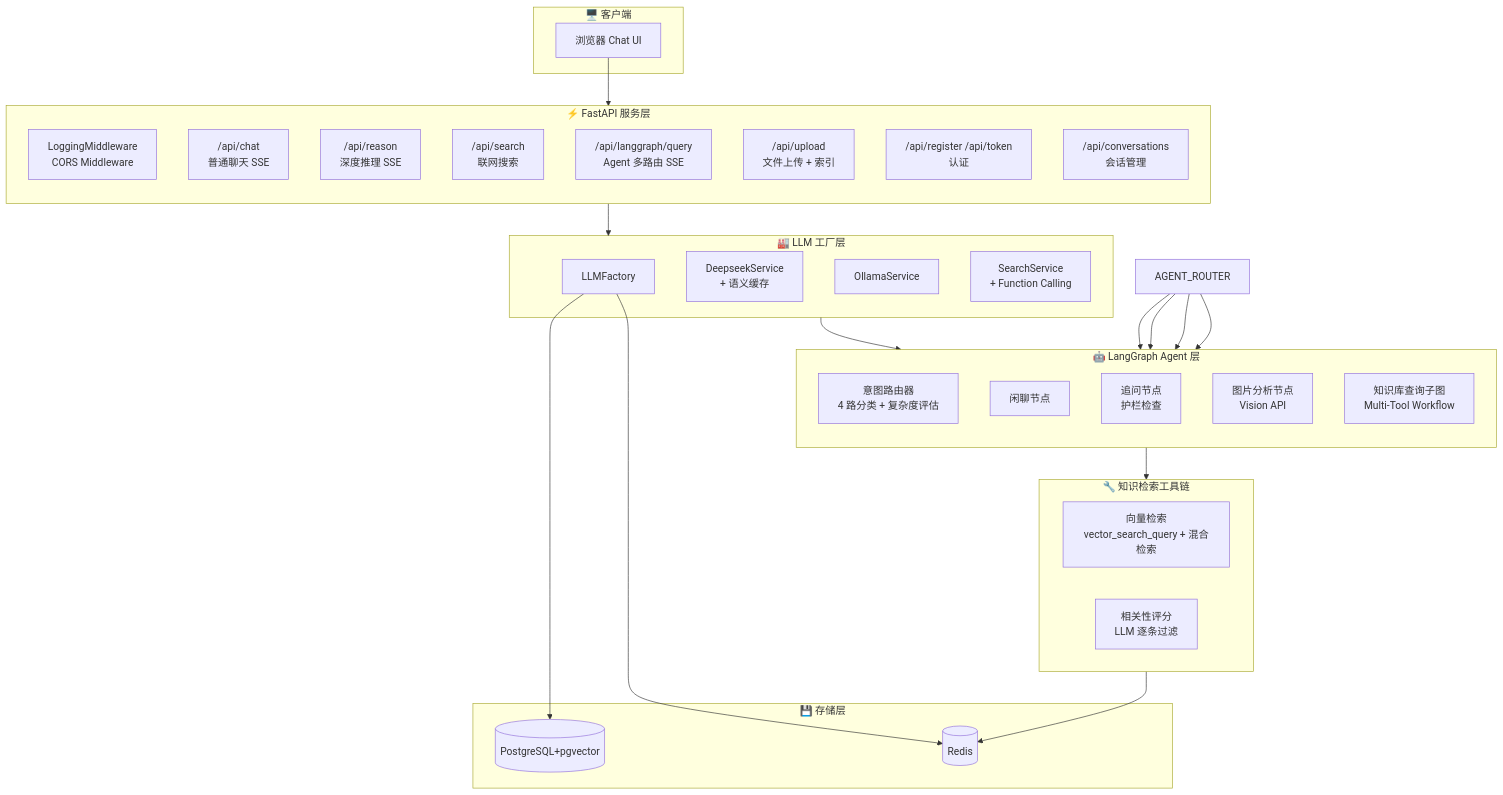
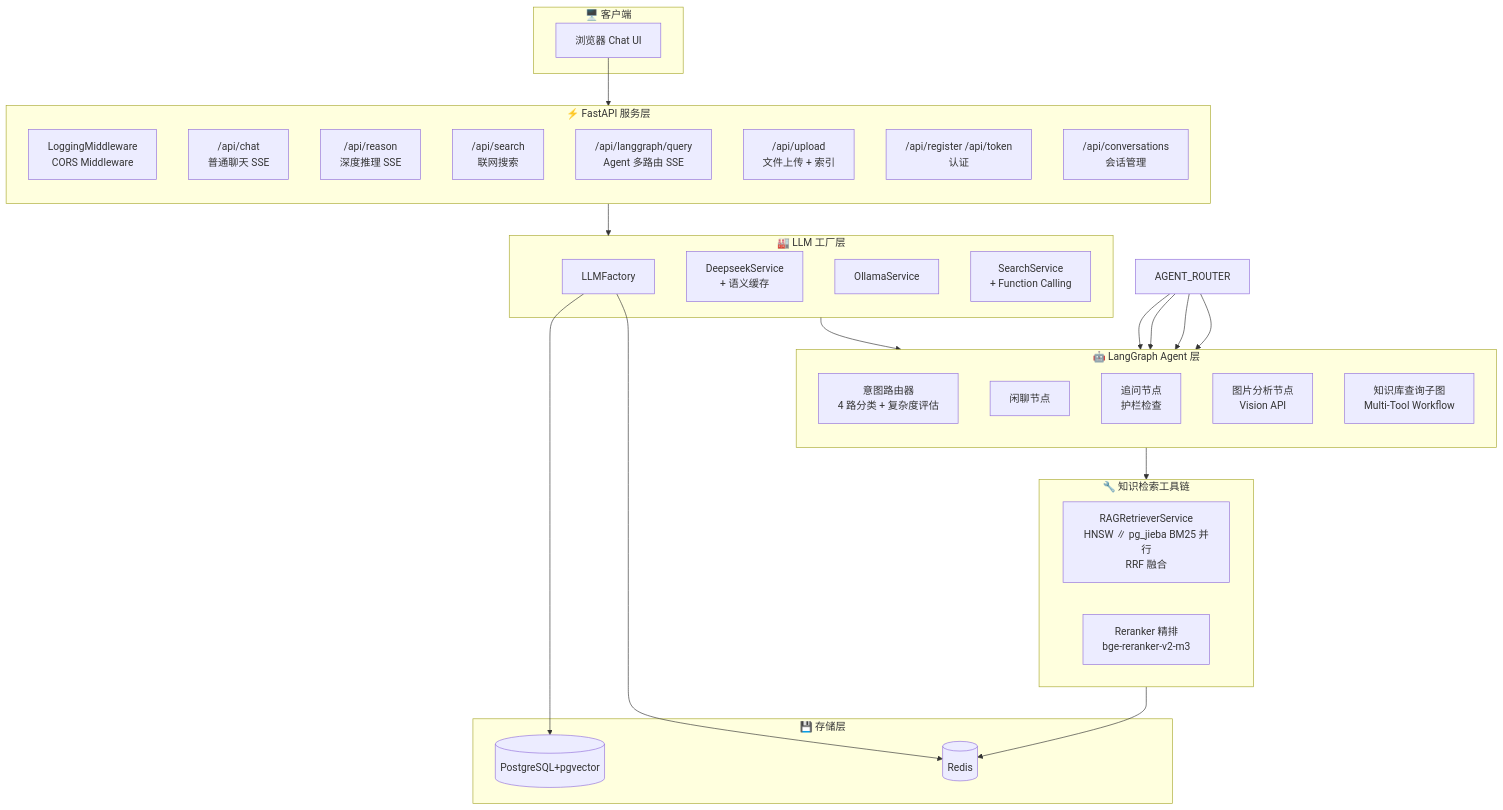
The second of 14 diagrams in docs/PROJECT_ANALYSIS.md (blowt16/SmartCS-Agent), drawn with Mermaid before and after one commit. The commit also changed other lines of this file, not shown here.

````diff
--- a/docs/PROJECT_ANALYSIS.md
+++ b/docs/PROJECT_ANALYSIS.md
@@ -108,54 +110,54 @@
 ```mermaid
 flowchart TB
     subgraph Client["🖥️ 客户端"]
         Browser["浏览器 Chat UI"]
     end
 
     subgraph FastAPI["⚡ FastAPI 服务层"]
         direction TB
         MW["LoggingMiddleware<br/>CORS Middleware"]
         CHAT["/api/chat<br/>普通聊天 SSE"]
         REASON["/api/reason<br/>深度推理 SSE"]
         SEARCH["/api/search<br/>联网搜索"]
         LG["/api/langgraph/query<br/>Agent 多路由 SSE"]
         UPLOAD["/api/upload<br/>文件上传 + 索引"]
         AUTH["/api/register /api/token<br/>认证"]
         CONV["/api/conversations<br/>会话管理"]
     end
 
     subgraph Factory["🏭 LLM 工厂层"]
         LLMF["LLMFactory"]
         DS["DeepseekService<br/>+ 语义缓存"]
         OS["OllamaService"]
         SS["SearchService<br/>+ Function Calling"]
     end
 
     subgraph Agent["🤖 LangGraph Agent 层"]
         direction TB
         ROUTER["意图路由器<br/>4 路分类 + 复杂度评估"]
         GEN["闲聊节点"]
         ADD["追问节点<br/>护栏检查"]
         IMG["图片分析节点<br/>Vision API"]
         KG["知识库查询子图<br/>Multi-Tool Workflow"]
     end
 
     subgraph KGTools["🔧 知识检索工具链"]
         direction LR
-        GRAG["向量检索<br/>vector_search_query + 混合检索"]
-        RG["相关性评分<br/>LLM 逐条过滤"]
+        GRAG["RAGRetrieverService<br/>HNSW ∥ pg_jieba BM25 并行<br/>RRF 融合"]
+        RG["Reranker 精排<br/>bge-reranker-v2-m3"]
     end
 
     subgraph Store["💾 存储层"]
         PostgreSQL[(PostgreSQL+pgvector)]
         Redis[(Redis)]
     end
 
     Browser --> FastAPI
     FastAPI --> Factory
     Factory --> Agent
     AGENT_ROUTER --> GEN & ADD & IMG & KG
     KG --> KGTools
     KGTools --> Redis
     LLMF --> PostgreSQL
     LLMF --> Redis
 ```
````
